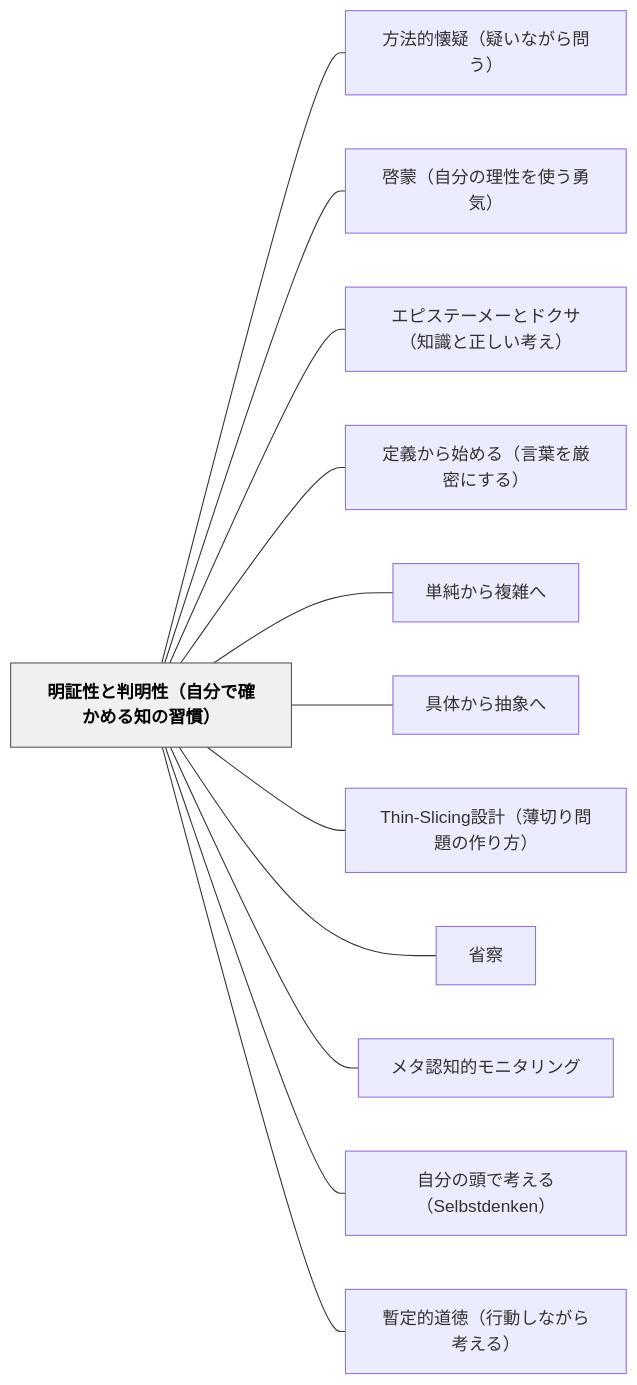
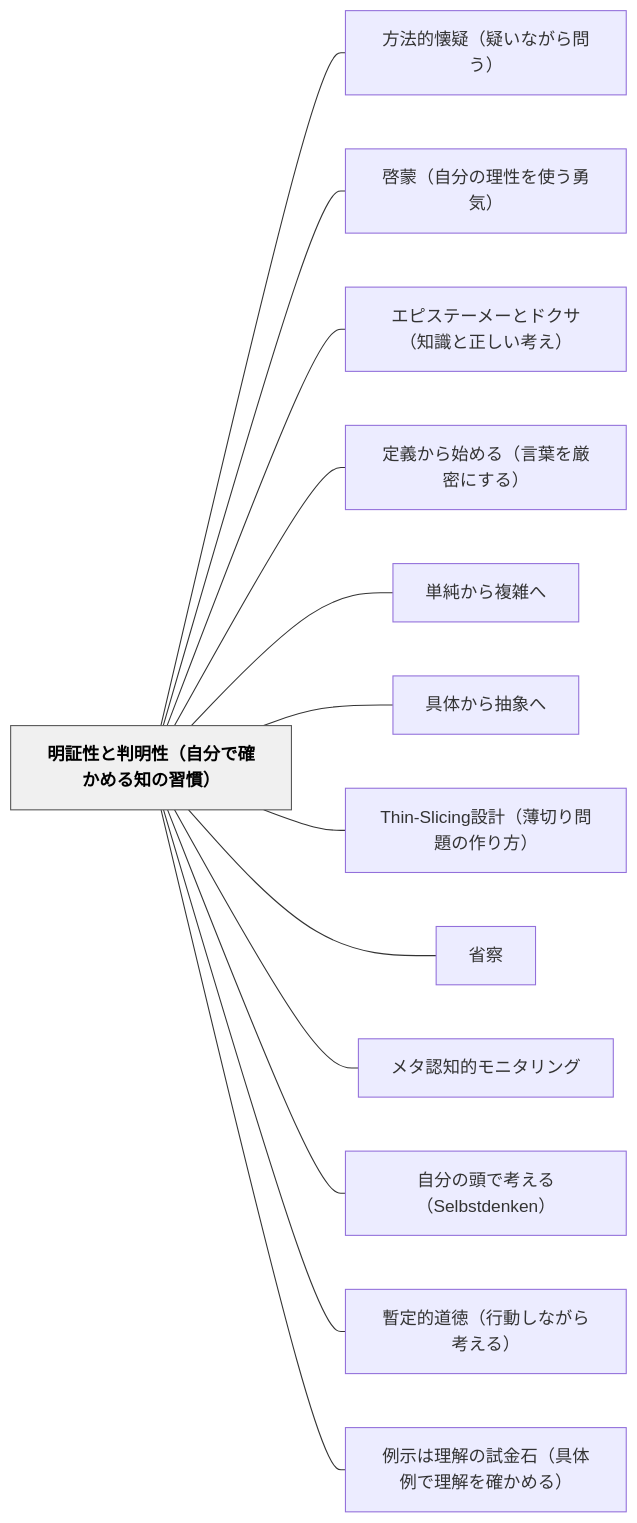
One commit to unknownthings-ed-patterns/unknownthings-ed-patterns changed the diagram in content/パタン/明証性と判明性（自分で確かめる知の習慣）.md. Above: the diagram before and after it, drawn with Mermaid. The commit also changed other lines of this file and 2 other files, not shown here.

Commit message:
auto: Obsidianから同期 2026-06-11 04:58

````diff
--- a/content/パタン/明証性と判明性（自分で確かめる知の習慣）.md
+++ b/content/パタン/明証性と判明性（自分で確かめる知の習慣）.md
@@ -159,30 +160,32 @@
 ```mermaid
 flowchart LR
     ne6988ee8a8bce680a7e381a8e588a4e6988ee680a7efbc88e887aae58886e381a7e7a2bae3818be38281e3828be79fa5e381aee7bf92e685a3efbc89["明証性と判明性（自分で確かめる知の習慣）"]
     ne696b9e6b395e79a84e68790e79691efbc88e79691e38184e381aae3818ce38289e5958fe38186efbc89["方法的懐疑（疑いながら問う）"]
     ne59593e89299efbc88e887aae58886e381aee79086e680a7e38292e4bdbfe38186e58b87e6b097efbc89["啓蒙（自分の理性を使う勇気）"]
     ne382a8e38394e382b9e38386e383bce383a1e383bce381a8e38389e382afe382b5efbc88e79fa5e8ad98e381a8e6ada3e38197e38184e88083e38188efbc89["エピステーメーとドクサ（知識と正しい考え）"]
     ne5ae9ae7bea9e3818be38289e5a78be38281e3828befbc88e8a880e89189e38292e58eb3e5af86e381abe38199e3828befbc89["定義から始める（言葉を厳密にする）"]
     ne58d98e7b494e3818be38289e8a487e99b91e381b8["単純から複雑へ"]
     ne585b7e4bd93e3818be38289e68abde8b1a1e381b8["具体から抽象へ"]
     n5468696e2d536c6963696e67e8a8ade8a888efbc88e89684e58887e3828ae5958fe9a18ce381aee4bd9ce3828ae696b9efbc89["Thin-Slicing設計（薄切り問題の作り方）"]
     ne79c81e5af9f["省察"]
     ne383a1e382bfe8aa8de79fa5e79a84e383a2e3838be382bfe383aae383b3e382b0["メタ認知的モニタリング"]
     ne887aae58886e381aee9a0ade381a7e88083e38188e3828befbc8853656c62737464656e6b656eefbc89["自分の頭で考える（Selbstdenken）"]
     ne69aabe5ae9ae79a84e98193e5beb3efbc88e8a18ce58b95e38197e381aae3818ce38289e88083e38188e3828befbc89["暫定的道徳（行動しながら考える）"]
+    ne4be8be7a4bae381afe79086e8a7a3e381aee8a9a6e98791e79fb3efbc88e585b7e4bd93e4be8be381a7e79086e8a7a3e38292e7a2bae3818be38281e3828befbc89["例示は理解の試金石（具体例で理解を確かめる）"]
 
     ne6988ee8a8bce680a7e381a8e588a4e6988ee680a7efbc88e887aae58886e381a7e7a2bae3818be38281e3828be79fa5e381aee7bf92e685a3efbc89 --- ne696b9e6b395e79a84e68790e79691efbc88e79691e38184e381aae3818ce38289e5958fe38186efbc89
     ne6988ee8a8bce680a7e381a8e588a4e6988ee680a7efbc88e887aae58886e381a7e7a2bae3818be38281e3828be79fa5e381aee7bf92e685a3efbc89 --- ne59593e89299efbc88e887aae58886e381aee79086e680a7e38292e4bdbfe38186e58b87e6b097efbc89
     ne6988ee8a8bce680a7e381a8e588a4e6988ee680a7efbc88e887aae58886e381a7e7a2bae3818be38281e3828be79fa5e381aee7bf92e685a3efbc89 --- ne382a8e38394e382b9e38386e383bce383a1e383bce381a8e38389e382afe382b5efbc88e79fa5e8ad98e381a8e6ada3e38197e38184e88083e38188efbc89
     ne6988ee8a8bce680a7e381a8e588a4e6988ee680a7efbc88e887aae58886e381a7e7a2bae3818be38281e3828be79fa5e381aee7bf92e685a3efbc89 --- ne5ae9ae7bea9e3818be38289e5a78be38281e3828befbc88e8a880e89189e38292e58eb3e5af86e381abe38199e3828befbc89
     ne6988ee8a8bce680a7e381a8e588a4e6988ee680a7efbc88e887aae58886e381a7e7a2bae3818be38281e3828be79fa5e381aee7bf92e685a3efbc89 --- ne58d98e7b494e3818be38289e8a487e99b91e381b8
     ne6988ee8a8bce680a7e381a8e588a4e6988ee680a7efbc88e887aae58886e381a7e7a2bae3818be38281e3828be79fa5e381aee7bf92e685a3efbc89 --- ne585b7e4bd93e3818be38289e68abde8b1a1e381b8
     ne6988ee8a8bce680a7e381a8e588a4e6988ee680a7efbc88e887aae58886e381a7e7a2bae3818be38281e3828be79fa5e381aee7bf92e685a3efbc89 --- n5468696e2d536c6963696e67e8a8ade8a888efbc88e89684e58887e3828ae5958fe9a18ce381aee4bd9ce3828ae696b9efbc89
     ne6988ee8a8bce680a7e381a8e588a4e6988ee680a7efbc88e887aae58886e381a7e7a2bae3818be38281e3828be79fa5e381aee7bf92e685a3efbc89 --- ne79c81e5af9f
     ne6988ee8a8bce680a7e381a8e588a4e6988ee680a7efbc88e887aae58886e381a7e7a2bae3818be38281e3828be79fa5e381aee7bf92e685a3efbc89 --- ne383a1e382bfe8aa8de79fa5e79a84e383a2e3838be382bfe383aae383b3e382b0
     ne6988ee8a8bce680a7e381a8e588a4e6988ee680a7efbc88e887aae58886e381a7e7a2bae3818be38281e3828be79fa5e381aee7bf92e685a3efbc89 --- ne887aae58886e381aee9a0ade381a7e88083e38188e3828befbc8853656c62737464656e6b656eefbc89
     ne6988ee8a8bce680a7e381a8e588a4e6988ee680a7efbc88e887aae58886e381a7e7a2bae3818be38281e3828be79fa5e381aee7bf92e685a3efbc89 --- ne69aabe5ae9ae79a84e98193e5beb3efbc88e8a18ce58b95e38197e381aae3818ce38289e88083e38188e3828befbc89
+    ne6988ee8a8bce680a7e381a8e588a4e6988ee680a7efbc88e887aae58886e381a7e7a2bae3818be38281e3828be79fa5e381aee7bf92e685a3efbc89 --- ne4be8be7a4bae381afe79086e8a7a3e381aee8a9a6e98791e79fb3efbc88e585b7e4bd93e4be8be381a7e79086e8a7a3e38292e7a2bae3818be38281e3828befbc89
 
     classDef hub fill:#f0f0f0,stroke:#555,color:#000,font-weight:bold
     class ne6988ee8a8bce680a7e381a8e588a4e6988ee680a7efbc88e887aae58886e381a7e7a2bae3818be38281e3828be79fa5e381aee7bf92e685a3efbc89 hub
 ```
````
